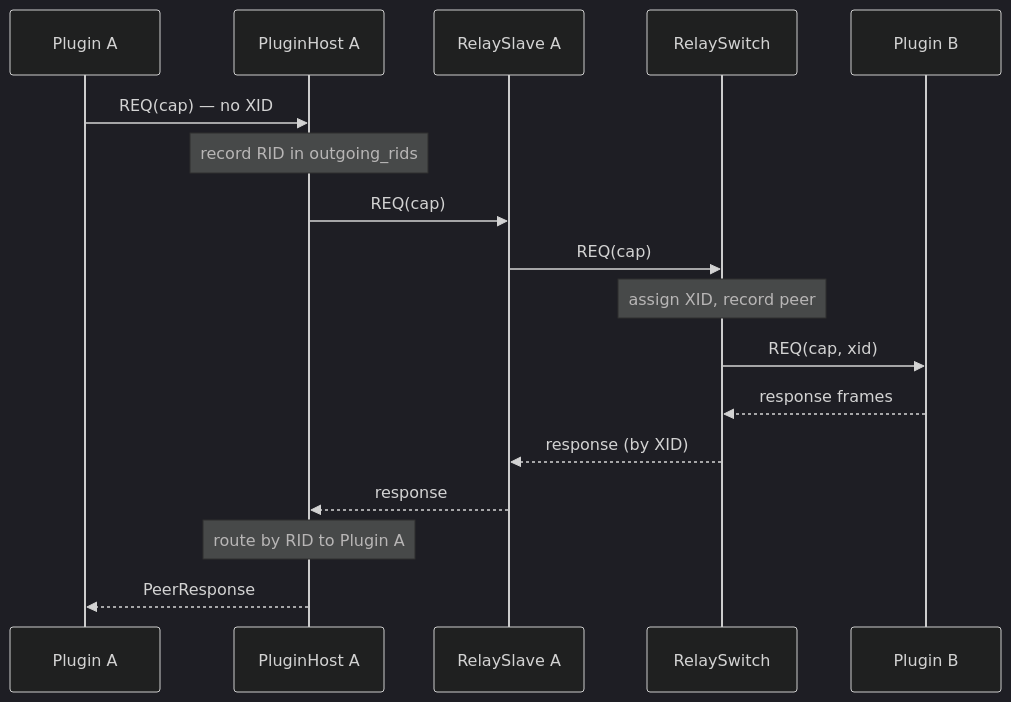
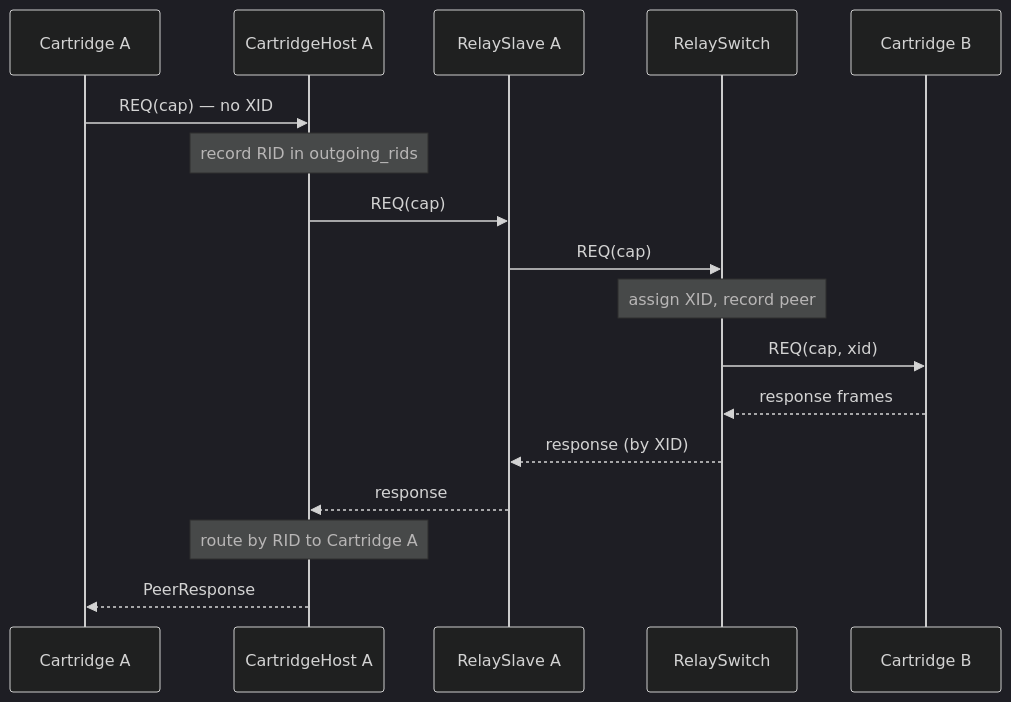
The third of 4 diagrams in docs/12.1-ARCHITECTURE.md (machinefabric/capns), drawn with Mermaid (dark theme) before and after one commit. The commit also changed other lines of this file and 53 other files, not shown here.

````diff
--- a/docs/12.1-ARCHITECTURE.md
+++ b/docs/12.1-ARCHITECTURE.md
@@ -155,21 +155,21 @@
 ```mermaid
 sequenceDiagram
-    participant PA as Plugin A
-    participant PHA as PluginHost A
+    participant PA as Cartridge A
+    participant PHA as CartridgeHost A
     participant RSA as RelaySlave A
     participant SW as RelaySwitch
-    participant PB as Plugin B
+    participant PB as Cartridge B
 
     PA->>PHA: REQ(cap) — no XID
     Note over PHA: record RID in outgoing_rids
     PHA->>RSA: REQ(cap)
     RSA->>SW: REQ(cap)
     Note over SW: assign XID, record peer
     SW->>PB: REQ(cap, xid)
 
     PB-->>SW: response frames
     SW-->>RSA: response (by XID)
     RSA-->>PHA: response
-    Note over PHA: route by RID to Plugin A
+    Note over PHA: route by RID to Cartridge A
     PHA-->>PA: PeerResponse
 ```
````
